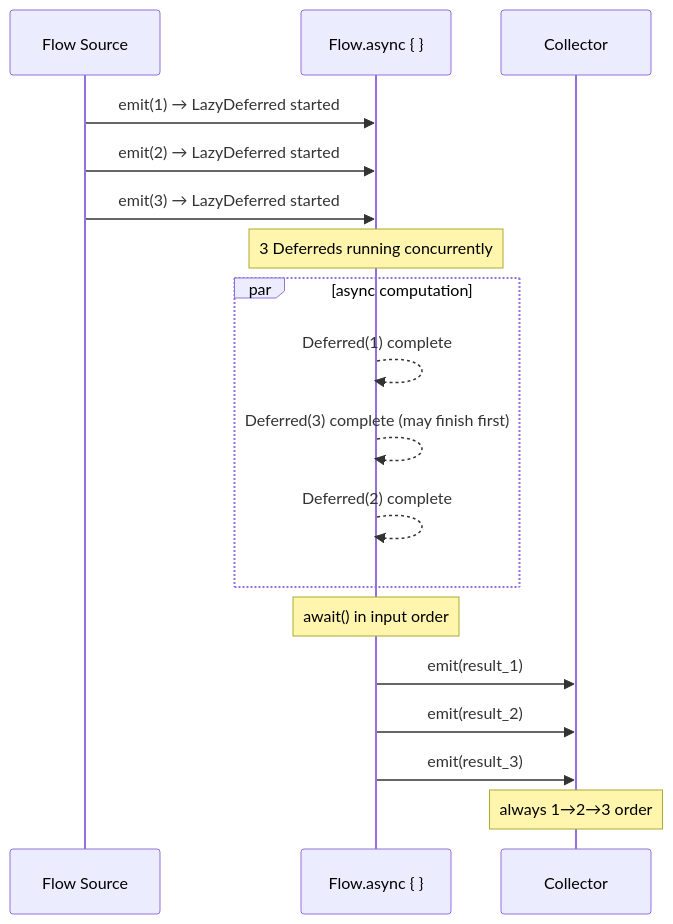
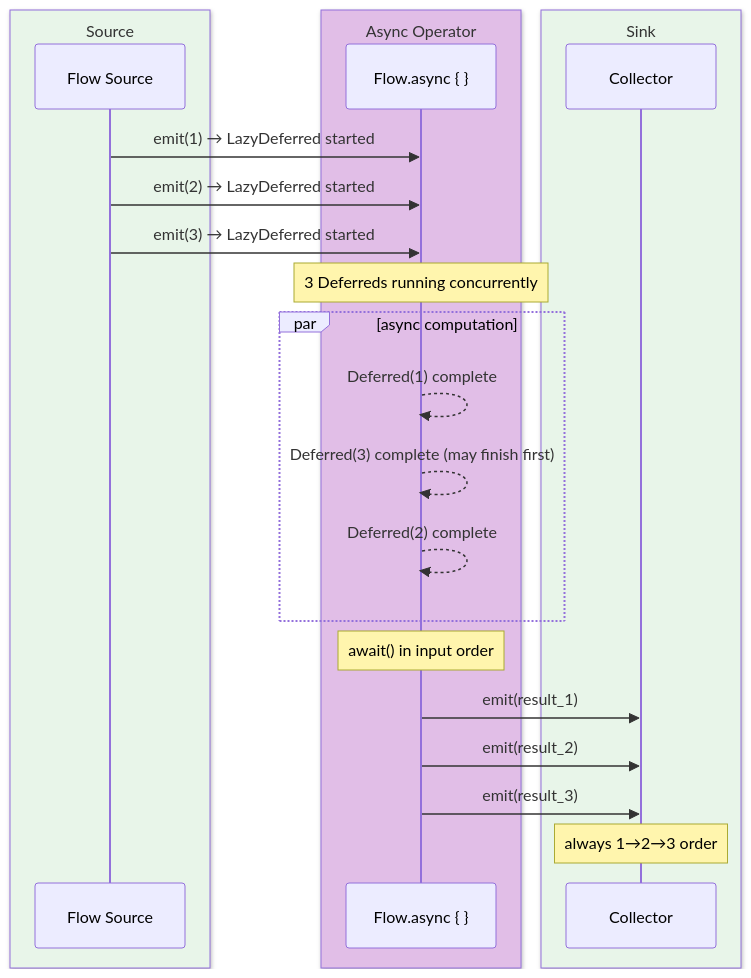
One commit to bluetape4k/bluetape4k-projects changed diagram 16 of 16 in bluetape4k/coroutines/README.md. Above: the diagram before and after it, drawn with Mermaid. The commit also changed other lines of this file and 221 other files, not shown here.

First line of the commit message:
docs: 전체 모듈 README UML 다이어그램 보강 및 색상 업그레이드

````diff
--- a/bluetape4k/coroutines/README.md
+++ b/bluetape4k/coroutines/README.md
@@ -615,20 +724,26 @@
 ```mermaid
 sequenceDiagram
-    participant S as Flow Source
-    participant AF as Flow.async { }
-    participant R as Collector
+    box rgb(232, 245, 233) Source
+        participant S as Flow Source
+    end
+    box rgb(225, 190, 231) Async Operator
+        participant AF as Flow.async { }
+    end
+    box rgb(232, 245, 233) Sink
+        participant R as Collector
+    end
     S ->> AF: emit(1) → LazyDeferred started
     S ->> AF: emit(2) → LazyDeferred started
     S ->> AF: emit(3) → LazyDeferred started
     Note over AF: 3 Deferreds running concurrently
     par async computation
         AF -->> AF: Deferred(1) complete
         AF -->> AF: Deferred(3) complete (may finish first)
         AF -->> AF: Deferred(2) complete
     end
     Note over AF: await() in input order
     AF ->> R: emit(result_1)
     AF ->> R: emit(result_2)
     AF ->> R: emit(result_3)
     Note over R: always 1→2→3 order
 ```
````
